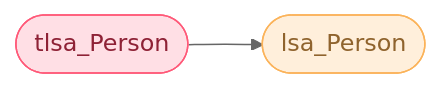
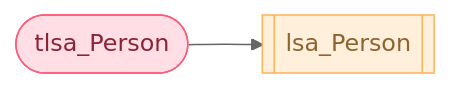
One commit to MollyMcEvilley/Matilda changed diagram 15 of 15 in docs/05 - LSAPerson.md. Above: the diagram before and after it, drawn with Mermaid (neutral theme). The commit also changed other lines of this file and 4 other files, not shown here.

Commit message:
formatting and diagrams

````diff
--- a/docs/05 - LSAPerson.md
+++ b/docs/05 - LSAPerson.md
@@ -1278,18 +1369,18 @@
 ```mermaid
 flowchart LR
 
 	t1([tlsa_Person])
-	l1([lsa_Person])
+	l1[[lsa_Person]]
 
 	t1:::Temp
 	l1:::LSA
 
 	
 	t1 --> l1
 
 	classDef Temp stroke:#FF5978, fill:#FFDFE5, color:#8E2236
 	classDef LSA stroke:#FBB35A, fill:#FFEFDB, color:#8F632D 
 	classDef HMIS stroke:#374D7C, fill:#E2EBFF, color:#374D7C
     classDef Man stroke:#999999, fill:#EEEEEE, color:#000000
 	
 ```
````
